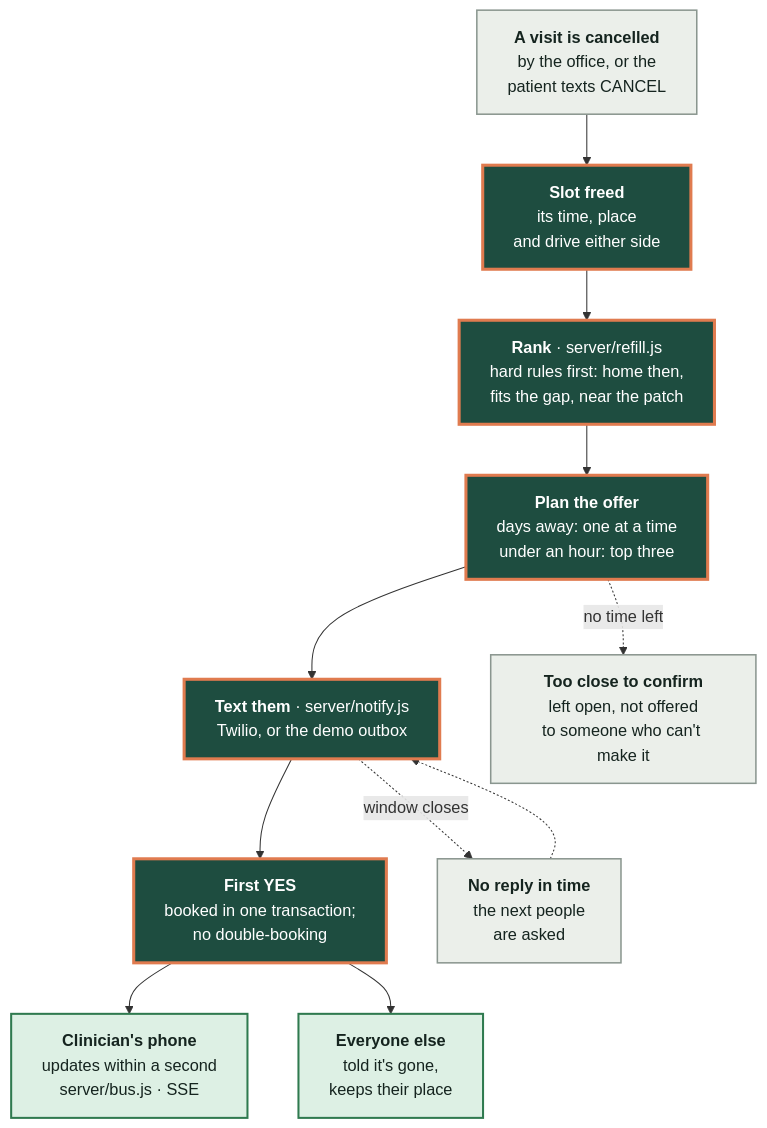
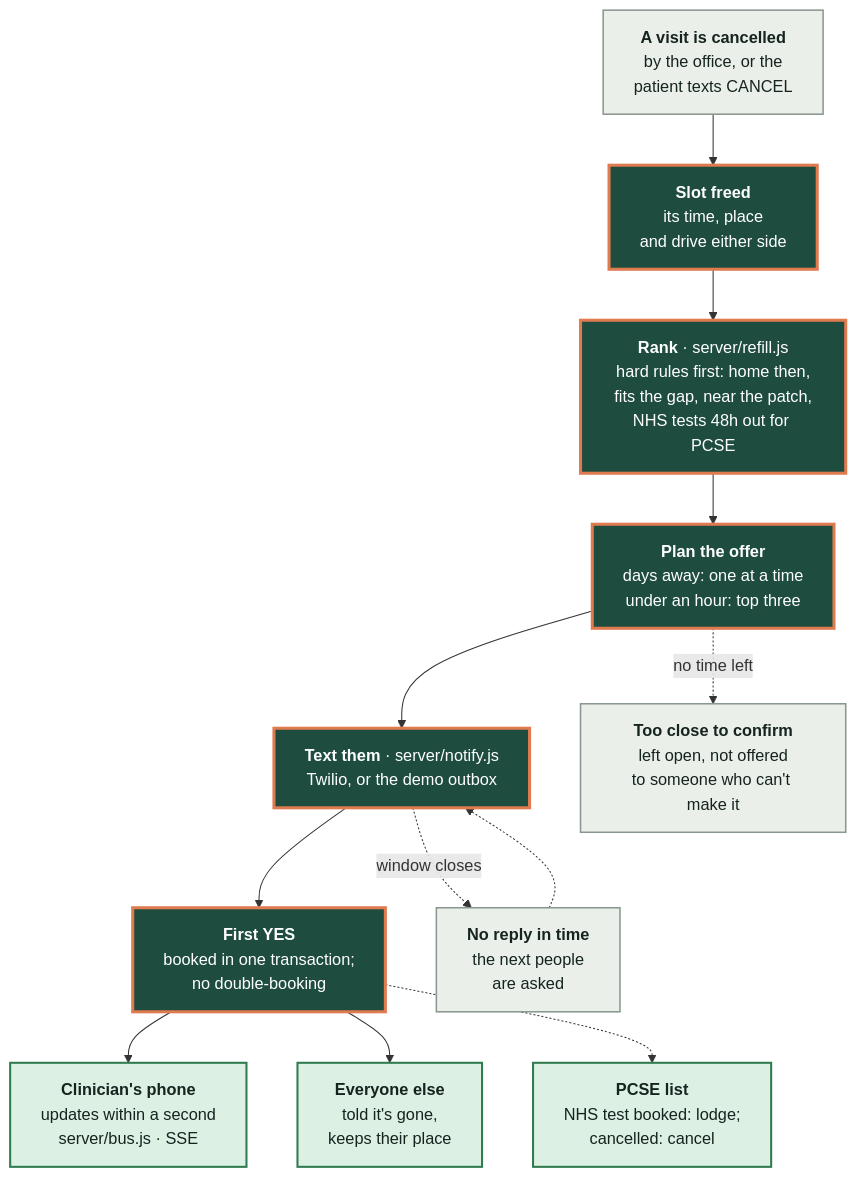
One commit to yameenbux/audiologydomi changed the diagram in assets/diagrams/03-one-cancellation.mmd. Above: the diagram before and after it, drawn with Mermaid. The commit also changed 44 other files, not shown here.

```diff
--- a/assets/diagrams/03-one-cancellation.mmd
+++ b/assets/diagrams/03-one-cancellation.mmd
@@ -1,25 +1,27 @@
 flowchart TB
     X["<b>A visit is cancelled</b><br/>by the office, or the<br/>patient texts CANCEL"]
     F["<b>Slot freed</b><br/>its time, place<br/>and drive either side"]
-    RK["<b>Rank</b> · server/refill.js<br/>hard rules first: home then,<br/>fits the gap, near the patch"]
+    RK["<b>Rank</b> · server/refill.js<br/>hard rules first: home then,<br/>fits the gap, near the patch,<br/>NHS tests 48h out for PCSE"]
     PL["<b>Plan the offer</b><br/>days away: one at a time<br/>under an hour: top three"]
     TX["<b>Text them</b> · server/notify.js<br/>Twilio, or the demo outbox"]
     YES["<b>First YES</b><br/>booked in one transaction;<br/>no double-booking"]
     LIVE["<b>Clinician's phone</b><br/>updates within a second<br/>server/bus.js · SSE"]
     OTH["<b>Everyone else</b><br/>told it's gone,<br/>keeps their place"]
     NOR["<b>No reply in time</b><br/>the next people<br/>are asked"]
+    PV["<b>PCSE list</b><br/>NHS test booked: lodge;<br/>cancelled: cancel"]
     TOO["<b>Too close to confirm</b><br/>left open, not offered<br/>to someone who can't make it"]
 
     X --> F --> RK --> PL --> TX --> YES --> LIVE
     YES --> OTH
+    YES -.-> PV
     TX -.->|"window closes"| NOR -.-> TX
     PL -.->|"no time left"| TOO
 
     classDef core fill:#1E4D40,stroke:#E07B4F,stroke-width:3px,color:#FFFFFF
     classDef live fill:#DDF0E4,stroke:#2F7A4F,stroke-width:2px,color:#15241F
     classDef dev fill:#F8ECD3,stroke:#A86A12,stroke-width:2px,stroke-dasharray:6 4,color:#15241F
     classDef ext fill:#EBEFEA,stroke:#8A968F,stroke-width:1.5px,color:#15241F
     class X ext
     class F,RK,PL,TX,YES core
-    class LIVE,OTH live
+    class LIVE,OTH,PV live
     class NOR,TOO ext
```
